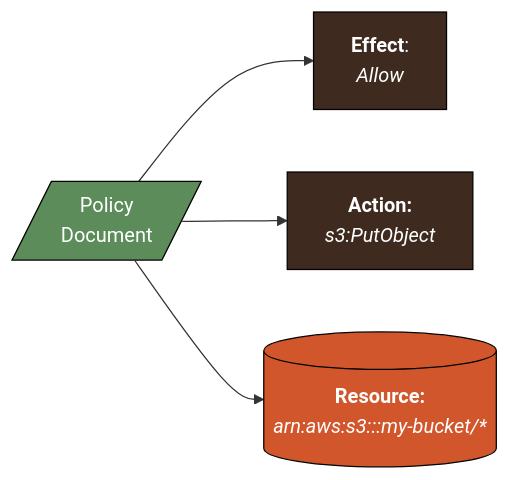
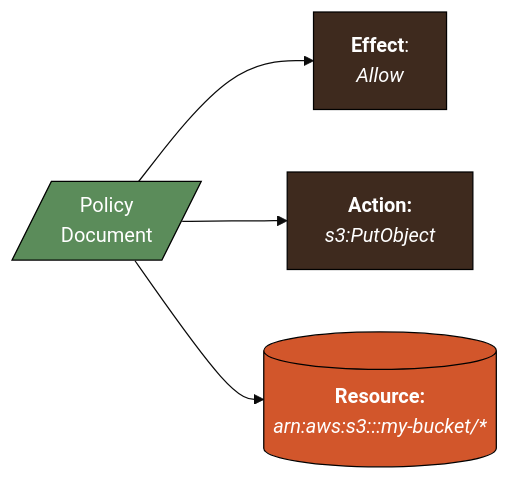
One commit to mjfrigaard/do4ds-labs changed the third of 8 diagrams in start-aws.qmd. Above: the diagram before and after it, drawn with Mermaid. The commit also changed other lines of this file and 510 other files, not shown here.

````diff
--- a/start-aws.qmd
+++ b/start-aws.qmd
@@ -167,17 +167,17 @@
 ```{mermaid}
 %%| fig-cap: ‘Policy effects, actions, and resources’
 %%| fig-width: 7.0
 %%| fig-align: 'center'
-%%{init: {‘theme’: ‘base’, ‘themeVariables’: {‘fontFamily’: ‘monospace’}}}%%
+%%{init: {'theme': 'base', 'themeVariables': {'fontFamily': 'monospace'}}}%%
 
 graph LR
     Policy[/"Policy<br>Document"/] --> Effect["<strong>Effect</strong>:<br><em>Allow</em>"]
     Policy --> Action["<strong>Action:</strong><br><em>s3:PutObject</em>"]
     Policy --> Resource[("<strong>Resource:</strong><br><em>arn:aws:s3:::my-bucket/*</em>")]
     
     style Policy fill:#5B8C5A,stroke:#000000,stroke-width:1px,color:#ffffff
     style Effect fill:#3E2A1E,stroke:#000000,stroke-width:1px,color:#ffffff
     style Action fill:#3E2A1E,stroke:#000000,stroke-width:1px,color:#ffffff
     style Resource fill:#D2562B,stroke:#000000,stroke-width:1px,color:#ffffff
     
 ```
````
